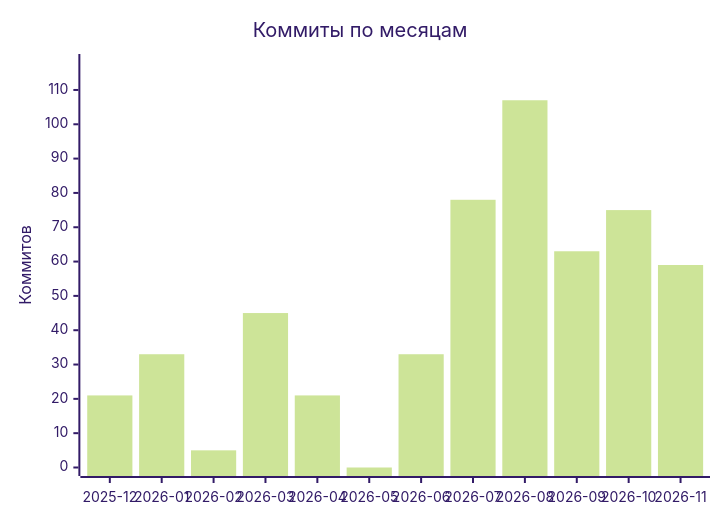
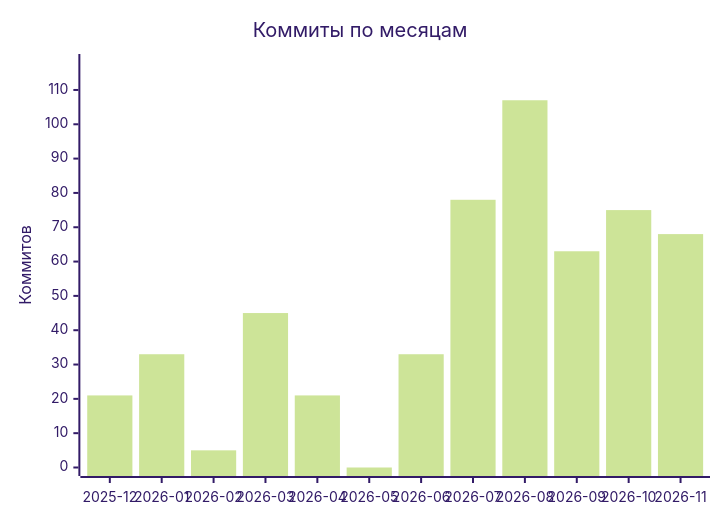
Before and after one commit to malexple/malexple: the diagram in README.md, drawn with Mermaid (forest theme). The commit also changed other lines of this file and 1 other file, not shown here.

````diff
--- a/README.md
+++ b/README.md
@@ -363,7 +363,7 @@
 ```mermaid
 xychart-beta
     title "Коммиты по месяцам"
     x-axis ["2025-12", "2026-01", "2026-02", "2026-03", "2026-04", "2026-05", "2026-06", "2026-07", "2026-08", "2026-09", "2026-10", "2026-11"]
     y-axis "Коммитов" 0 --> 118
-    bar [21, 33, 5, 45, 21, 0, 33, 78, 107, 63, 75, 59]
+    bar [21, 33, 5, 45, 21, 0, 33, 78, 107, 63, 75, 68]
 ```
````
